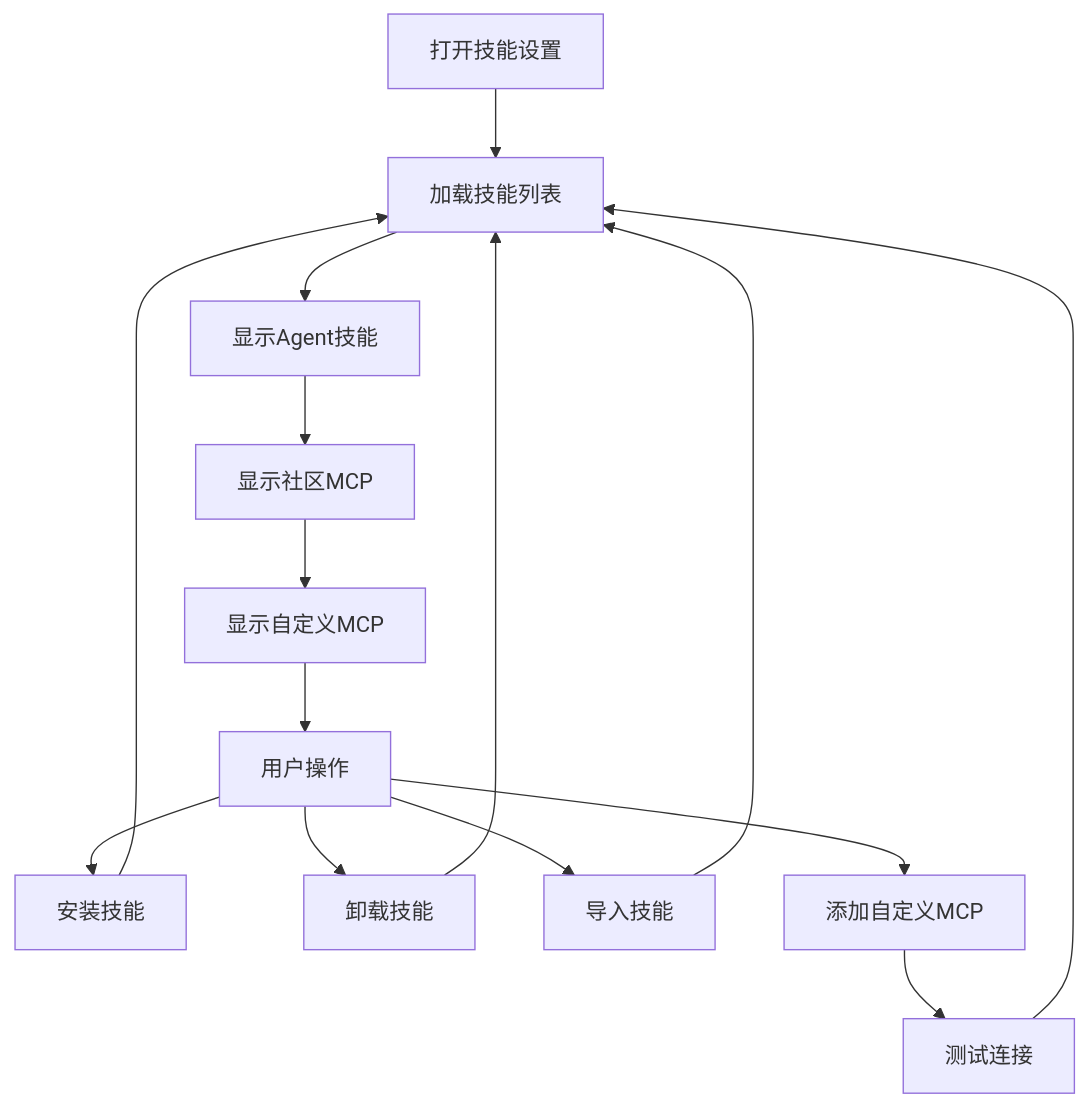
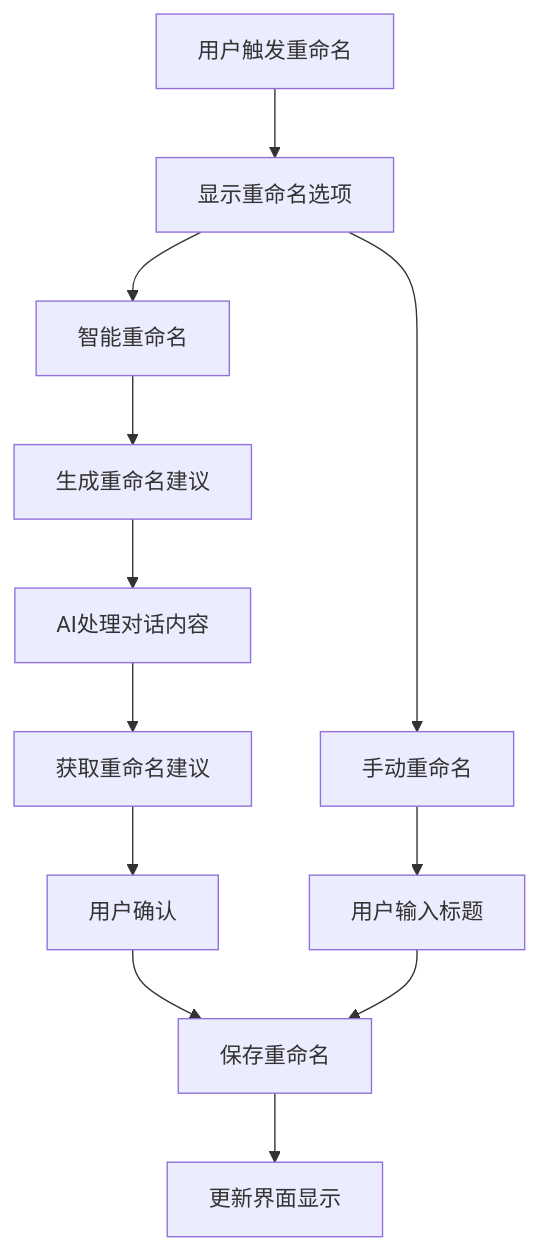
The eighth of 10 diagrams in .qoder/repowiki/zh/content/Mobile Navigation System.md (AvatoLabs/avato), drawn with Mermaid before and after one commit. The commit also changed other lines of this file and 158 other files, not shown here.

````diff
--- a/.qoder/repowiki/zh/content/Mobile Navigation System.md
+++ b/.qoder/repowiki/zh/content/Mobile Navigation System.md
@@ -396,17 +446,14 @@
 ```mermaid
 flowchart TD
-Start[打开技能设置] --> LoadSkills[加载技能列表]
-LoadSkills --> DisplayAgentSkills[显示Agent技能]
-DisplayAgentSkills --> DisplayCommunityMCP[显示社区MCP]
-DisplayCommunityMCP --> DisplayCustomMCP[显示自定义MCP]
-DisplayCustomMCP --> UserAction[用户操作]
-UserAction --> InstallSkill[安装技能]
-UserAction --> UninstallSkill[卸载技能]
-UserAction --> ImportSkill[导入技能]
-UserAction --> AddCustomMCP[添加自定义MCP]
-InstallSkill --> LoadSkills
-UninstallSkill --> LoadSkills
-ImportSkill --> LoadSkills
-AddCustomMCP --> TestConnection[测试连接]
-TestConnection --> LoadSkills
+Start[用户触发重命名] --> ShowMenu[显示重命名选项]
+ShowMenu --> SmartRename[智能重命名]
+ShowMenu --> ManualRename[手动重命名]
+SmartRename --> GenerateTitle[生成重命名建议]
+GenerateTitle --> AIProcess[AI处理对话内容]
+AIProcess --> GetSuggestion[获取重命名建议]
+GetSuggestion --> UserApproval[用户确认]
+ManualRename --> UserInput[用户输入标题]
+UserApproval --> SaveRename[保存重命名]
+UserInput --> SaveRename
+SaveRename --> UpdateUI[更新界面显示]
 ```
````
